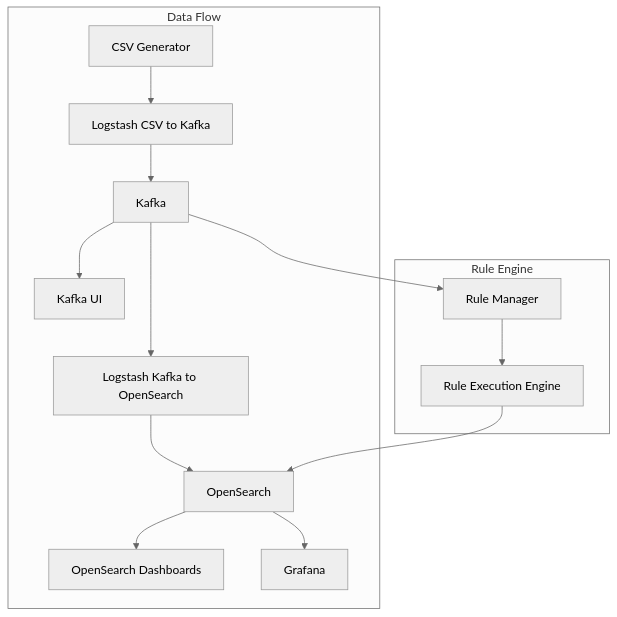
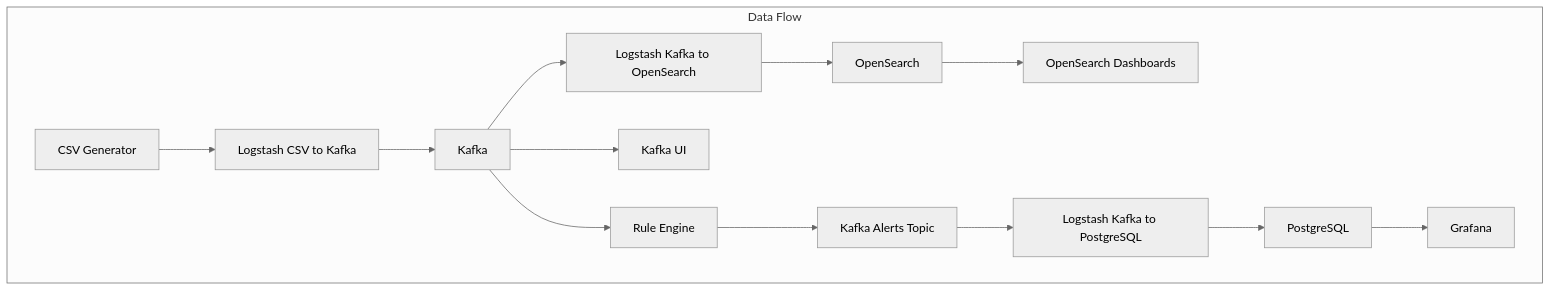
One commit to valyc0/fraudM changed the diagram in README.md. Above: the diagram before and after it, drawn with Mermaid (neutral theme). The commit also changed other lines of this file, not shown here.

````diff
--- a/README.md
+++ b/README.md
@@ -3,18 +3,17 @@
 ```mermaid
 graph TD
     subgraph Data Flow
         A[CSV Generator] --> B[Logstash CSV to Kafka]
         B --> C[Kafka]
         C --> D[Logstash Kafka to OpenSearch]
         D --> E[OpenSearch]
         E --> F[OpenSearch Dashboards]
         C --> G[Kafka UI]
-        E --> H[Grafana]
-    end
-
-    subgraph Rule Engine
-        C --> I[Rule Manager]
-        I --> J[Rule Execution Engine]
-        J --> E
+        
+        C --> H[Rule Engine]
+        H --> I[Kafka Alerts Topic]
+        I --> J[Logstash Kafka to PostgreSQL]
+        J --> K[PostgreSQL]
+        K --> L[Grafana]
     end
 ```
````
